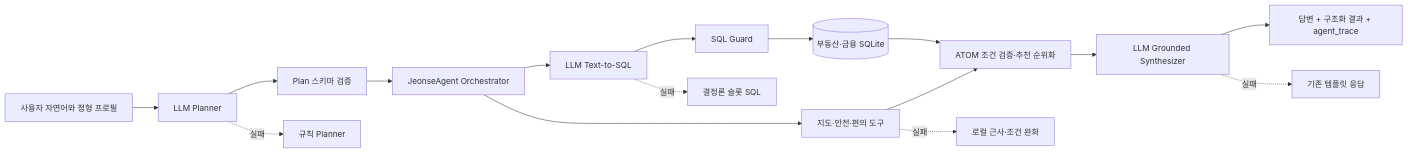
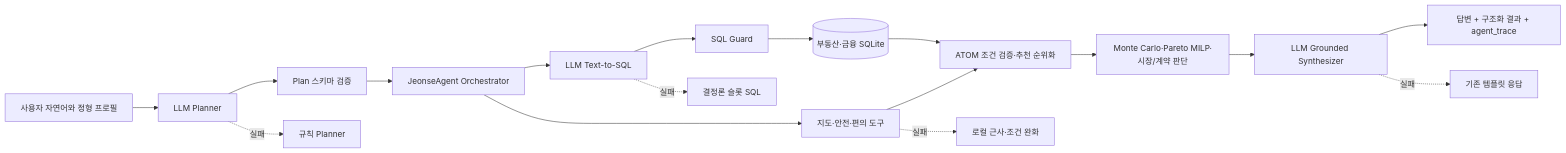
One commit to minjaechoics/KB-HouseAgent changed the diagram in AGENTIC_SYSTEM_ARCHITECTURE.md. Above: the diagram before and after it, drawn with Mermaid. The commit also changed other lines of this file and 11 other files, not shown here.

````diff
--- a/AGENTIC_SYSTEM_ARCHITECTURE.md
+++ b/AGENTIC_SYSTEM_ARCHITECTURE.md
@@ -19,19 +20,20 @@
 ```mermaid
 flowchart LR
     U[사용자 자연어와 정형 프로필] --> P[LLM Planner]
     P --> V[Plan 스키마 검증]
     V --> O[JeonseAgent Orchestrator]
     O --> M[지도·안전·편의 도구]
     O --> T[LLM Text-to-SQL]
     T --> G[SQL Guard]
     G --> R[(부동산·금융 SQLite)]
     R --> A[ATOM 조건 검증·추천 순위화]
     M --> A
-    A --> S[LLM Grounded Synthesizer]
+    A --> D[Monte Carlo·Pareto MILP·시장/계약 판단]
+    D --> S[LLM Grounded Synthesizer]
     S --> X[답변 + 구조화 결과 + agent_trace]
 
     P -. 실패 .-> RP[규칙 Planner]
     T -. 실패 .-> DS[결정론 슬롯 SQL]
     M -. 실패 .-> MF[로컬 근사·조건 완화]
     S -. 실패 .-> TR[기존 템플릿 응답]
 ```
````
